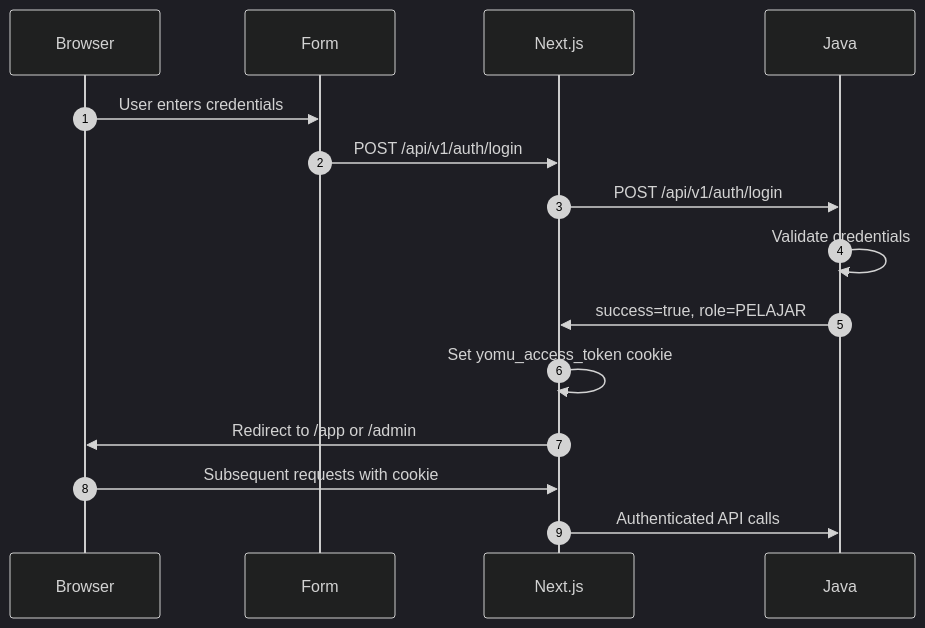
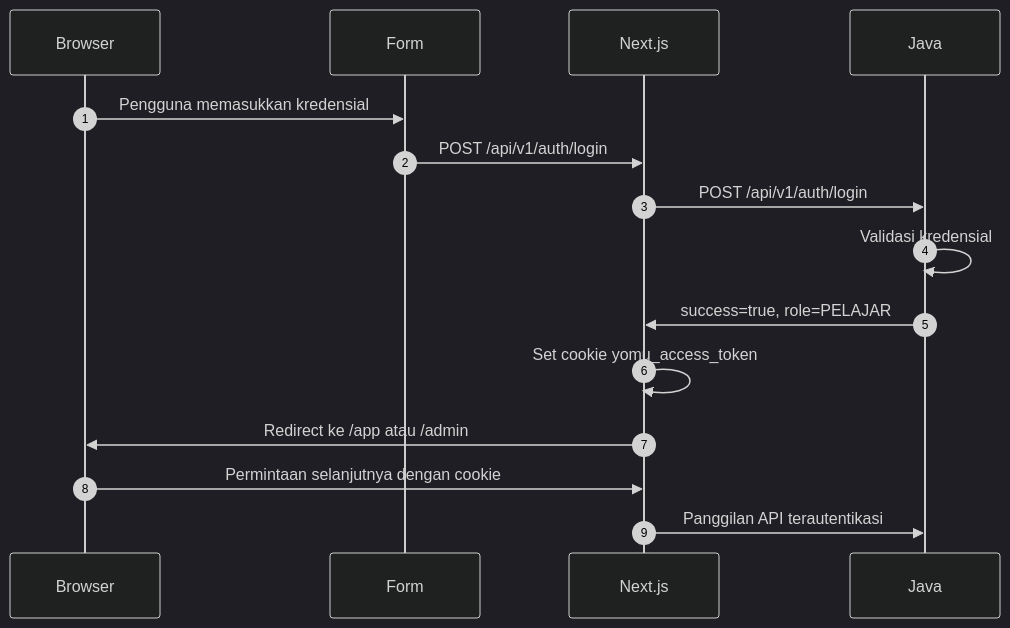
The second of 2 diagrams in content/docs/frontend/bff-auth.mdx (advprog-2026-A14-project/yomu-docs), drawn with Mermaid (dark theme) before and after one commit. The commit also changed other lines of this file and 30 other files, not shown here.

````diff
--- a/content/docs/frontend/bff-auth.mdx
+++ b/content/docs/frontend/bff-auth.mdx
@@ -60,13 +60,13 @@
 ```mermaid
 sequenceDiagram
     autonumber
-    Browser->>Form: User enters credentials
+    Browser->>Form: Pengguna memasukkan kredensial
     Form->>Next.js: POST /api/v1/auth/login
     Next.js->>Java: POST /api/v1/auth/login
-    Java->>Java: Validate credentials
+    Java->>Java: Validasi kredensial
     Java->>Next.js: success=true, role=PELAJAR
-    Next.js->>Next.js: Set yomu_access_token cookie
-    Next.js->>Browser: Redirect to /app or /admin
-    Browser->>Next.js: Subsequent requests with cookie
-    Next.js->>Java: Authenticated API calls
+    Next.js->>Next.js: Set cookie yomu_access_token
+    Next.js->>Browser: Redirect ke /app atau /admin
+    Browser->>Next.js: Permintaan selanjutnya dengan cookie
+    Next.js->>Java: Panggilan API terautentikasi
 ```
````
